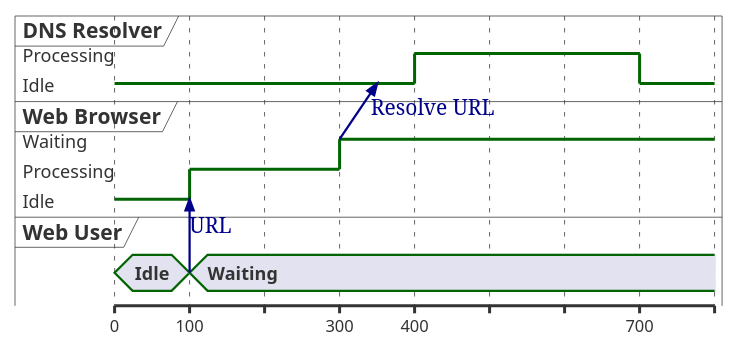
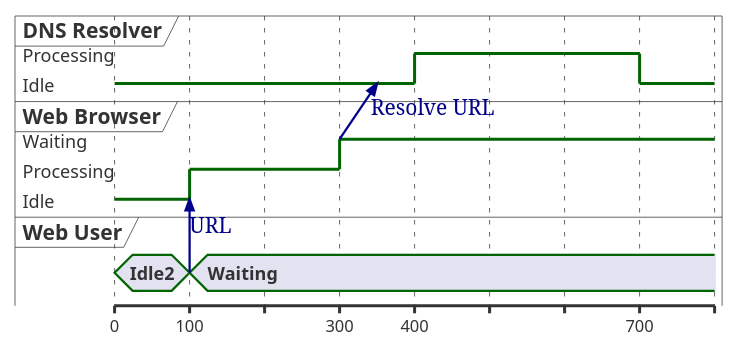
One commit to eiselekd/lang changed the first of 7 diagrams in doc/orgmode/lang.org. Above: the diagram before and after it, drawn with PlantUML. The commit also changed other lines of this file and 1 other file, not shown here.

```diff
--- a/doc/orgmode/lang.org
+++ b/doc/orgmode/lang.org
@@ -9,25 +11,25 @@
 #+BEGIN_SRC plantuml :file test30.png
 robust "DNS Resolver" as DNS
 robust "Web Browser" as WB
 concise "Web User" as WU
 
 @0
-WU is Idle
+WU is Idle2
 WB is Idle
 DNS is Idle
 
 @+100
 WU -> WB : URL
 WU is Waiting
 WB is Processing
 
 @+200
 WB is Waiting
 WB -> DNS@+50 : Resolve URL
 
 @+100
 DNS is Processing
 
 @+300
 DNS is Idle
 #+END_SRC
```
